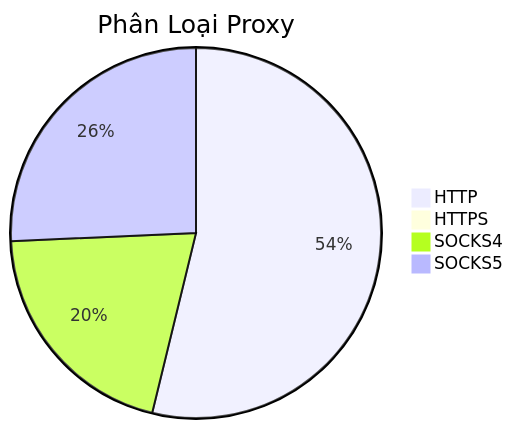
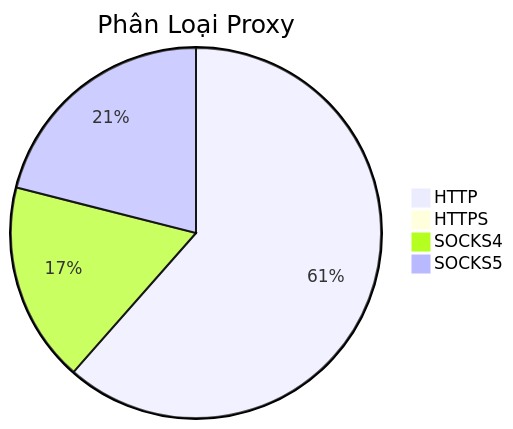
The diagram in README.md (Ciara-12/PROXY-free), drawn with Mermaid before and after one commit. The commit also changed other lines of this file and 4 other files, not shown here.

````diff
--- a/README.md
+++ b/README.md
@@ -26,7 +26,7 @@
 ```mermaid
 pie title Phân Loại Proxy
-    "HTTP" : 651
-    "HTTPS" : 1
-    "SOCKS4" : 248
-    "SOCKS5" : 311
+    "HTTP" : 1078
+    "HTTPS" : 3
+    "SOCKS4" : 306
+    "SOCKS5" : 369
 ```
````
